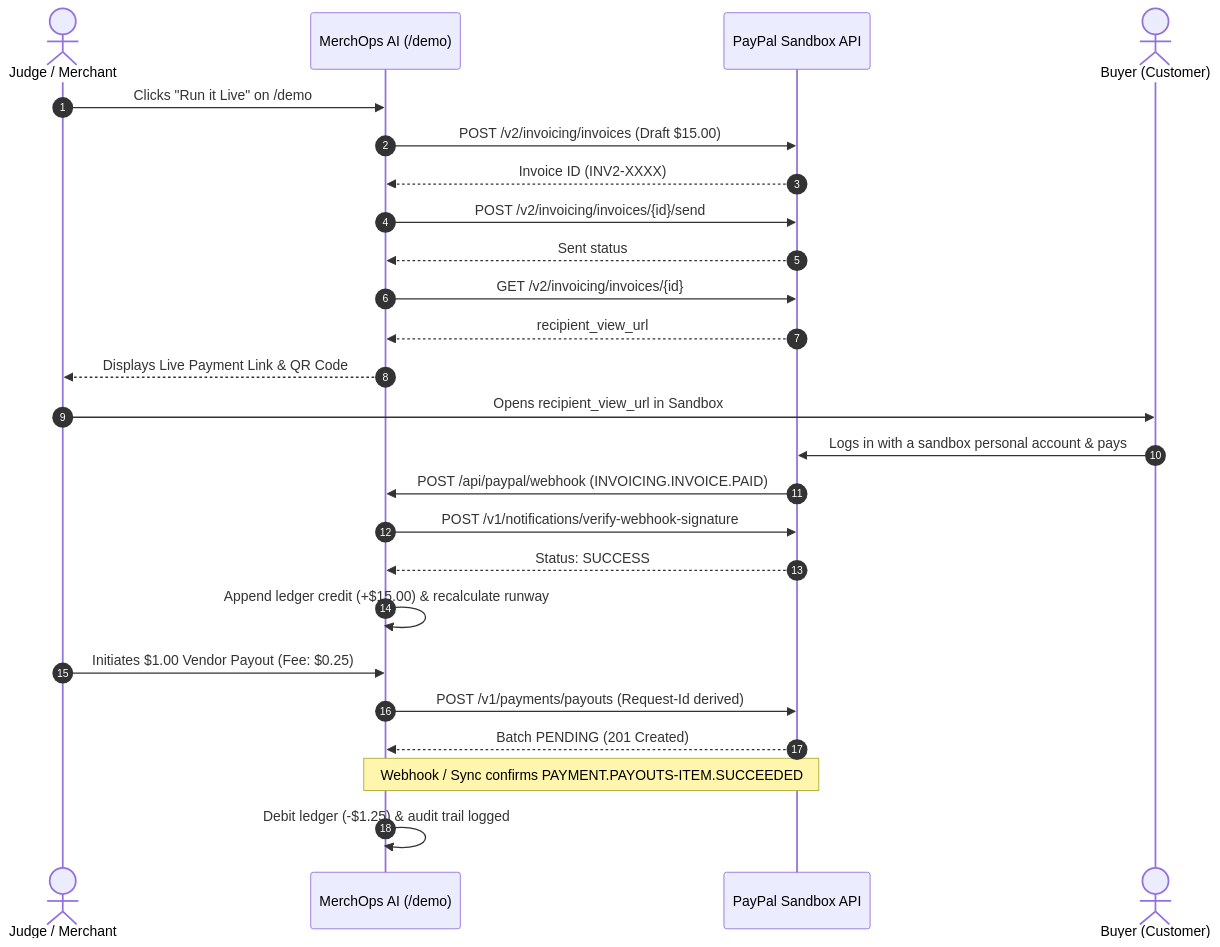
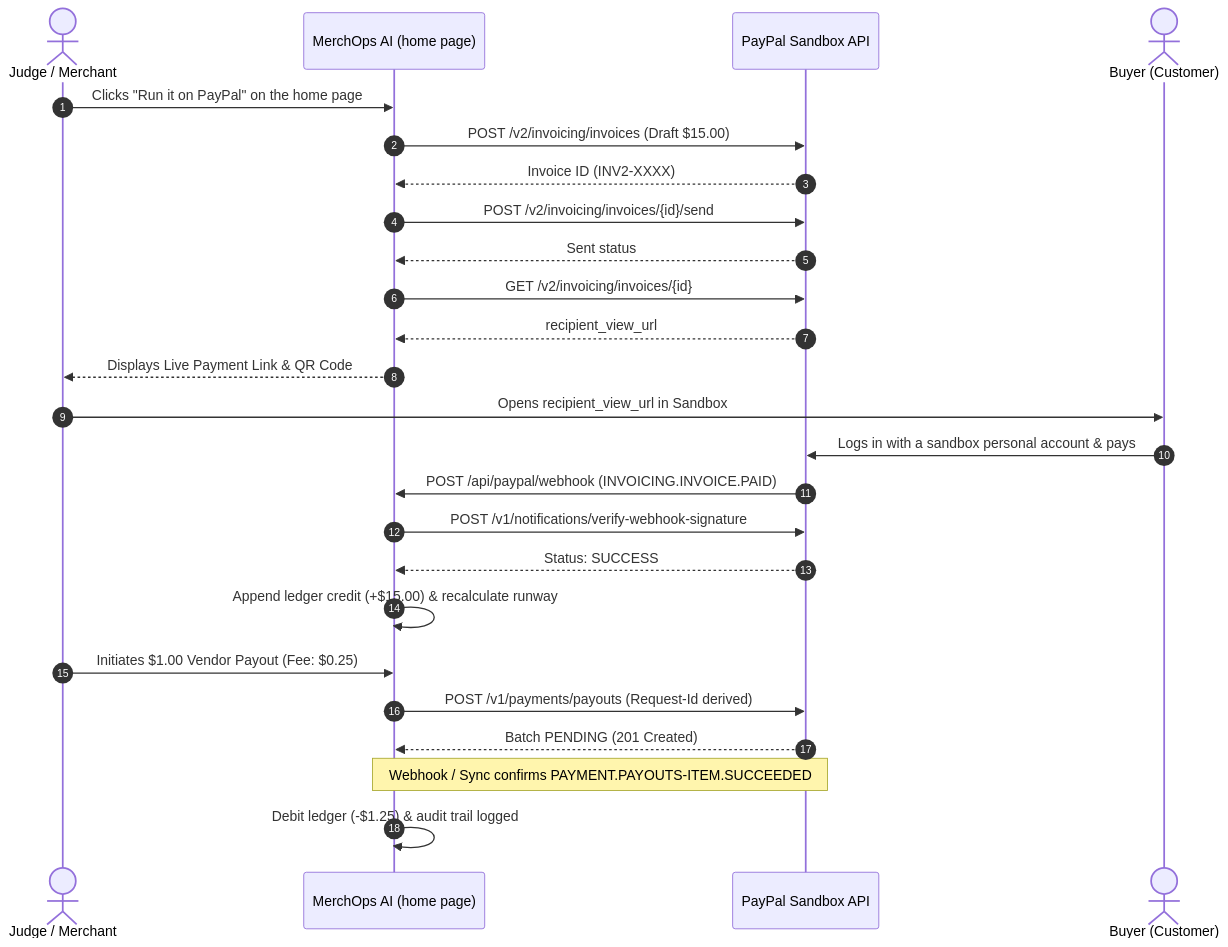
The diagram in docs/SANDBOX_GUIDE.md (Viruss07/merchops-ai), drawn with Mermaid before and after one commit. The commit also changed 45 other files, not shown here.

First line of the commit message:
Guided demo UI, one-click live PayPal flow, and Render readiness

````diff
--- a/docs/SANDBOX_GUIDE.md
+++ b/docs/SANDBOX_GUIDE.md
@@ -100,28 +100,28 @@
 ```mermaid
 sequenceDiagram
     autonumber
     actor Judge as Judge / Merchant
-    participant App as MerchOps AI (/demo)
+    participant App as MerchOps AI (home page)
     participant PayPal as PayPal Sandbox API
     actor Buyer as Buyer (Customer)
 
-    Judge->>App: Clicks "Run it Live" on /demo
+    Judge->>App: Clicks "Run it on PayPal" on the home page
     App->>PayPal: POST /v2/invoicing/invoices (Draft $15.00)
     PayPal-->>App: Invoice ID (INV2-XXXX)
     App->>PayPal: POST /v2/invoicing/invoices/{id}/send
     PayPal-->>App: Sent status
     App->>PayPal: GET /v2/invoicing/invoices/{id}
     PayPal-->>App: recipient_view_url
     App-->>Judge: Displays Live Payment Link & QR Code
     Judge->>Buyer: Opens recipient_view_url in Sandbox
     Buyer->>PayPal: Logs in with a sandbox personal account & pays
     PayPal->>App: POST /api/paypal/webhook (INVOICING.INVOICE.PAID)
     App->>PayPal: POST /v1/notifications/verify-webhook-signature
     PayPal-->>App: Status: SUCCESS
     App->>App: Append ledger credit (+$15.00) & recalculate runway
     Judge->>App: Initiates $1.00 Vendor Payout (Fee: $0.25)
     App->>PayPal: POST /v1/payments/payouts (Request-Id derived)
     PayPal-->>App: Batch PENDING (201 Created)
     Note over App,PayPal: Webhook / Sync confirms PAYMENT.PAYOUTS-ITEM.SUCCEEDED
     App->>App: Debit ledger (-$1.25) & audit trail logged
 ```
````
